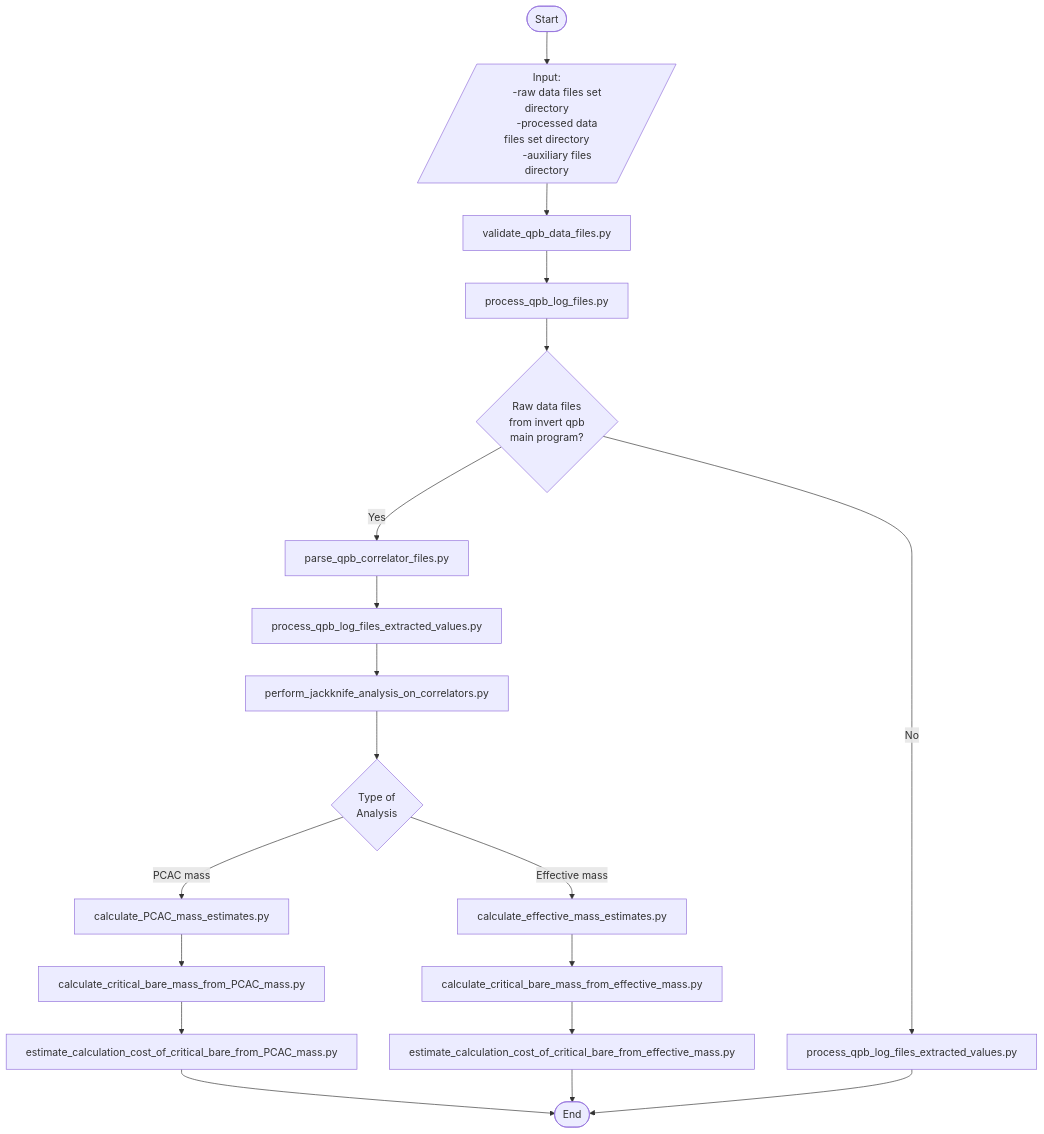
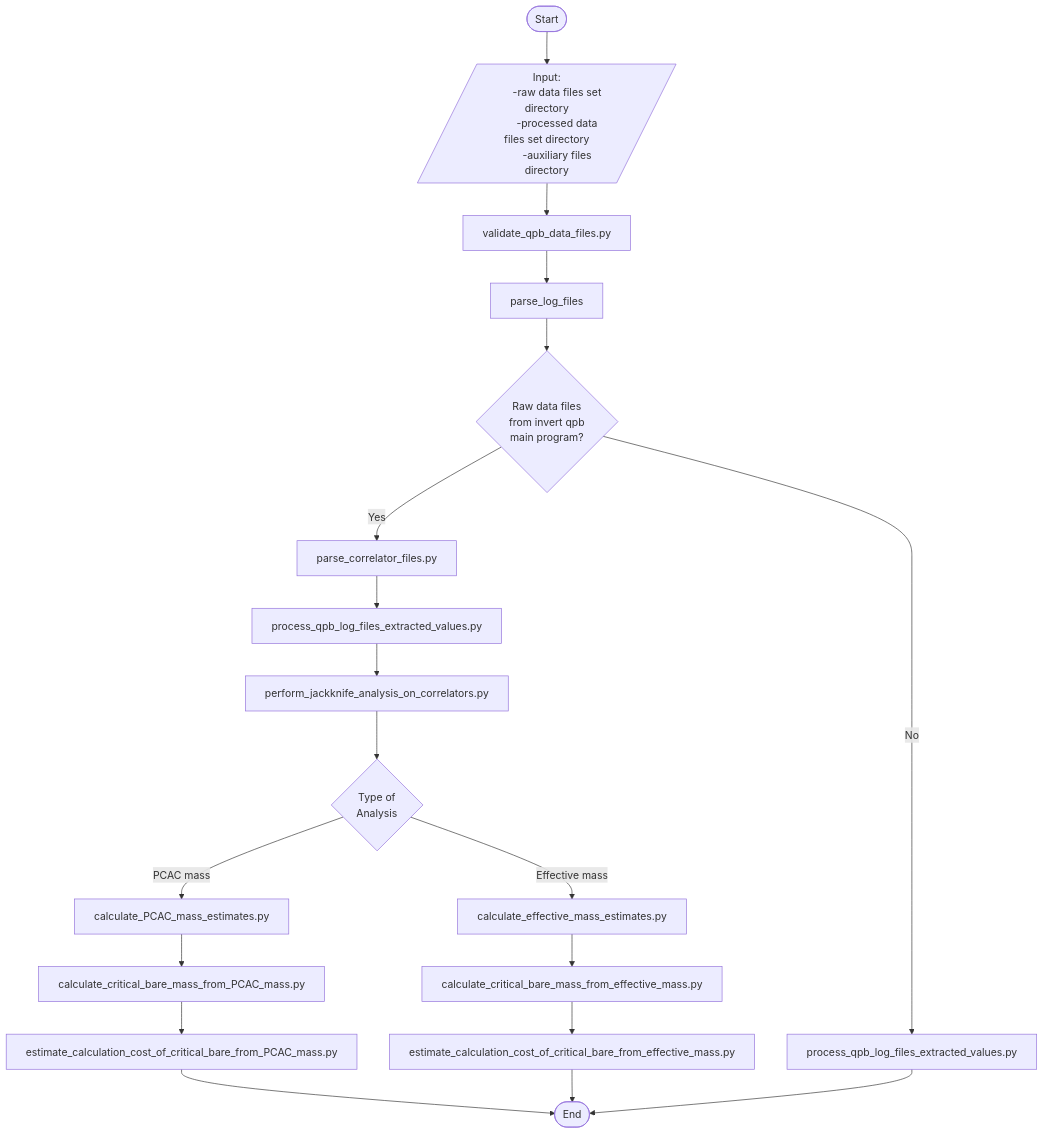
One commit to Stylianos29/qpb_data_analysis changed the diagram in docs/flowcharts/main_flow.md. Above: the diagram before and after it, drawn with Mermaid. The commit also changed 4 other files, not shown here.

````diff
--- a/docs/flowcharts/main_flow.md
+++ b/docs/flowcharts/main_flow.md
@@ -3,80 +3,80 @@
 ```mermaid
 flowchart TD
     
     %% INITIATE SCRIPT
     Start([Start]) --> Inputs[/Input:
         -raw data files set directory
         -processed data files set directory
         -auxiliary files directory
         /]
     
     %% 
     Inputs --> Validation[
         validate_qpb_data_files.py
         ]
 
     %% RAW FILES PARSING
     Validation --> qpbFilesParsing[
-        process_qpb_log_files.py
+        parse_log_files
         ]
 
     %% PARSING QPB FILES
 
     qpbFilesParsing --> InvertMainProgram{
             Raw data files 
             from invert qpb 
             main program?
             }
 
     InvertMainProgram -- No --> ProcessingRawFiles[
         process_qpb_log_files_extracted_values.py
         ]
     
     InvertMainProgram -- Yes --> InvertCorrelatorFilesParsing[
-        parse_qpb_correlator_files.py
+        parse_correlator_files.py
         ]
 
     InvertCorrelatorFilesParsing --> InvertProcessingRawFiles[
         process_qpb_log_files_extracted_values.py
         ]
 
     InvertProcessingRawFiles --> InvertJackknifeAnalysis[
         perform_jackknife_analysis_on_correlators.py
     ]
 
     InvertJackknifeAnalysis --> InvertAnalysisType{
         Type of 
         Analysis
     }
 
     InvertAnalysisType -- PCAC mass --> PCACMassEstimates[
         calculate_PCAC_mass_estimates.py
         ]
 
     PCACMassEstimates --> PCACCriticalMass[
         calculate_critical_bare_mass_from_PCAC_mass.py
         ]
 
     InvertAnalysisType -- Effective mass --> EffectiveMassEstimates[
         calculate_effective_mass_estimates.py
         ]
 
     EffectiveMassEstimates --> EffectiveCriticalMass[
         calculate_critical_bare_mass_from_effective_mass.py
         ]
 
     PCACCriticalMass --> PCACMassCost[
         estimate_calculation_cost_of_critical_bare_from_PCAC_mass.py
     ]
 
     PCACMassCost --> End
 
     EffectiveCriticalMass --> EffectiveMassCost[
         estimate_calculation_cost_of_critical_bare_from_effective_mass.py
         ]
 
     EffectiveMassCost --> End
 
     %% TERMINATE SCRIPT
     ProcessingRawFiles --> End([End])
 ```
````
